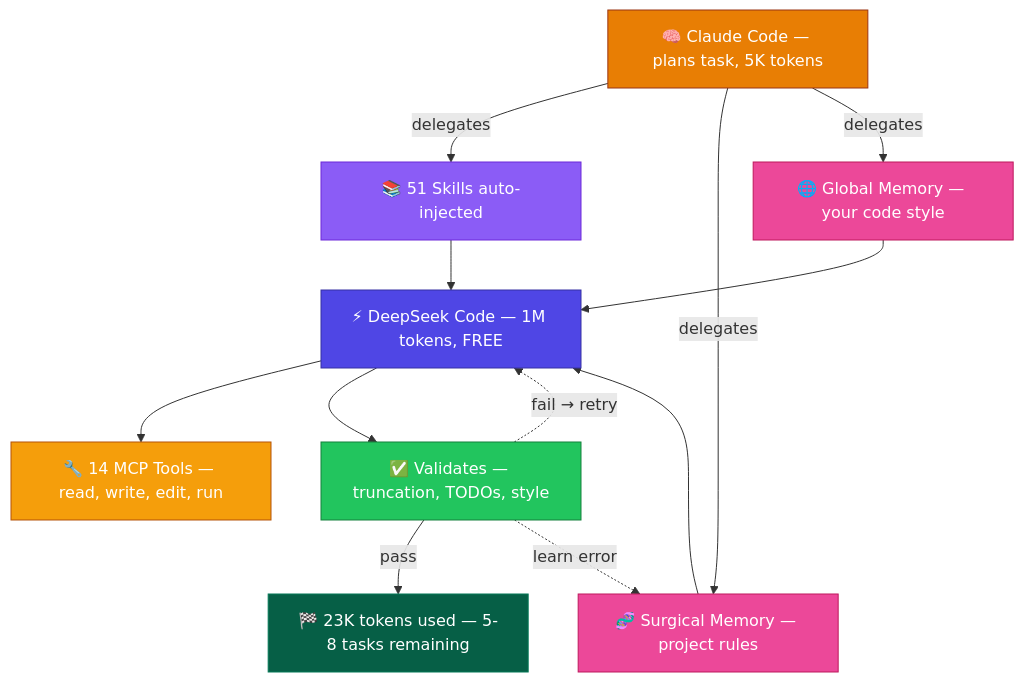
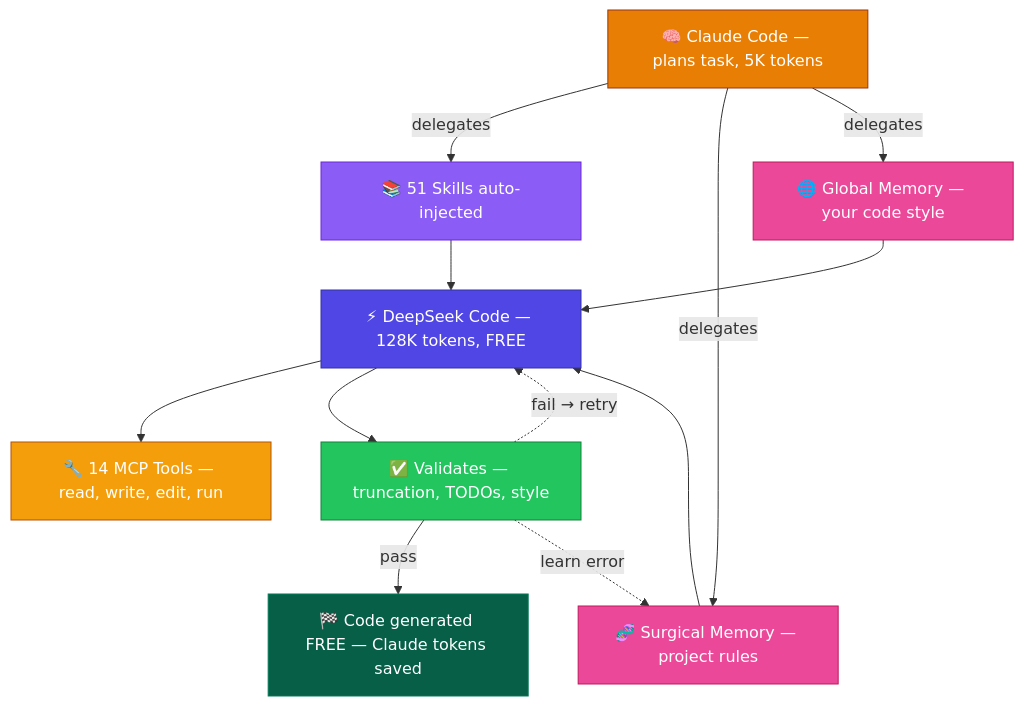
One commit to Galidar/DeepSeekCode changed the first of 4 diagrams in README.md. Above: the diagram before and after it, drawn with Mermaid. The commit also changed other lines of this file and 7 other files, not shown here.

First line of the commit message:
Corregir documentacion: fact-check contra specs reales de DeepSeek V3.2

````diff
--- a/README.md
+++ b/README.md
@@ -39,28 +39,28 @@
 ```mermaid
 graph TB
     CC["🧠 Claude Code — plans task, 5K tokens"]
 
     CC -->|"delegates"| SK["📚 51 Skills auto-injected"]
     CC -->|"delegates"| SM["🧬 Surgical Memory — project rules"]
     CC -->|"delegates"| GM["🌐 Global Memory — your code style"]
 
-    SK --> DS["⚡ DeepSeek Code — 1M tokens, FREE"]
+    SK --> DS["⚡ DeepSeek Code — 128K tokens, FREE"]
     SM --> DS
     GM --> DS
 
     DS --> TOOLS["🔧 14 MCP Tools — read, write, edit, run"]
     DS --> VAL["✅ Validates — truncation, TODOs, style"]
 
-    VAL -->|"pass"| RESULT["🏁 23K tokens used — 5-8 tasks remaining"]
+    VAL -->|"pass"| RESULT["🏁 Code generated FREE — Claude tokens saved"]
     VAL -.->|"fail → retry"| DS
     VAL -.->|"learn error"| SM
 
     style CC fill:#E87E04,stroke:#9A3412,color:#fff
     style SK fill:#8B5CF6,stroke:#6D28D9,color:#fff
     style SM fill:#EC4899,stroke:#BE185D,color:#fff
     style GM fill:#EC4899,stroke:#BE185D,color:#fff
     style DS fill:#4F46E5,stroke:#3730A3,color:#fff
     style TOOLS fill:#F59E0B,stroke:#B45309,color:#fff
     style VAL fill:#22C55E,stroke:#15803D,color:#fff
     style RESULT fill:#065F46,stroke:#047857,color:#fff
 ```
````
